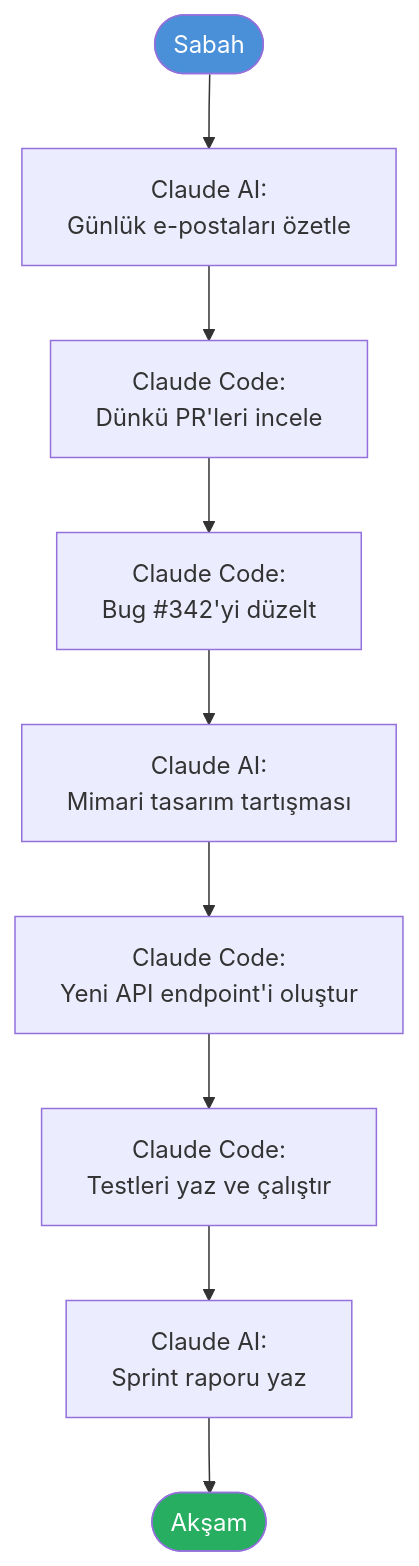
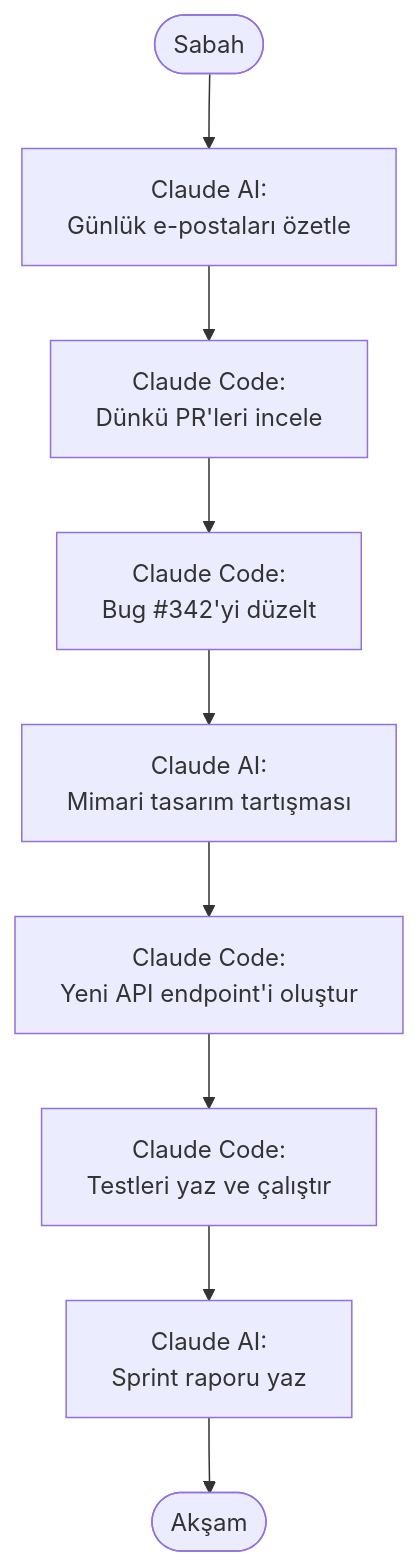
One commit to IzzetYasinAtes/ClaudeCodeHandbook changed the sixth of 6 diagrams in 06-claude-code-tanitim/06-claude-code-vs-claude-ai.md. Above: the diagram before and after it, drawn with Mermaid. The commit also changed other lines of this file and 97 other files, not shown here.

Commit message:
Remove all custom Mermaid style/fill colors from 98 markdown files for consistent dark theme rendering

````diff
--- a/06-claude-code-tanitim/06-claude-code-vs-claude-ai.md
+++ b/06-claude-code-tanitim/06-claude-code-vs-claude-ai.md
@@ -236,14 +231,12 @@
 ```mermaid
 flowchart TD
     SABAH(["Sabah"]) --> AI1["Claude AI:<br/>Günlük e-postaları özetle"]
     AI1 --> CODE1["Claude Code:<br/>Dünkü PR'leri incele"]
     CODE1 --> CODE2["Claude Code:<br/>Bug #342'yi düzelt"]
     CODE2 --> AI2["Claude AI:<br/>Mimari tasarım tartışması"]
     AI2 --> CODE3["Claude Code:<br/>Yeni API endpoint'i oluştur"]
     CODE3 --> CODE4["Claude Code:<br/>Testleri yaz ve çalıştır"]
     CODE4 --> AI3["Claude AI:<br/>Sprint raporu yaz"]
     AI3 --> AKSAM(["Akşam"])
 
-    style SABAH fill:#4A90D9,color:#fff
-    style AKSAM fill:#27AE60,color:#fff
 ```
````
